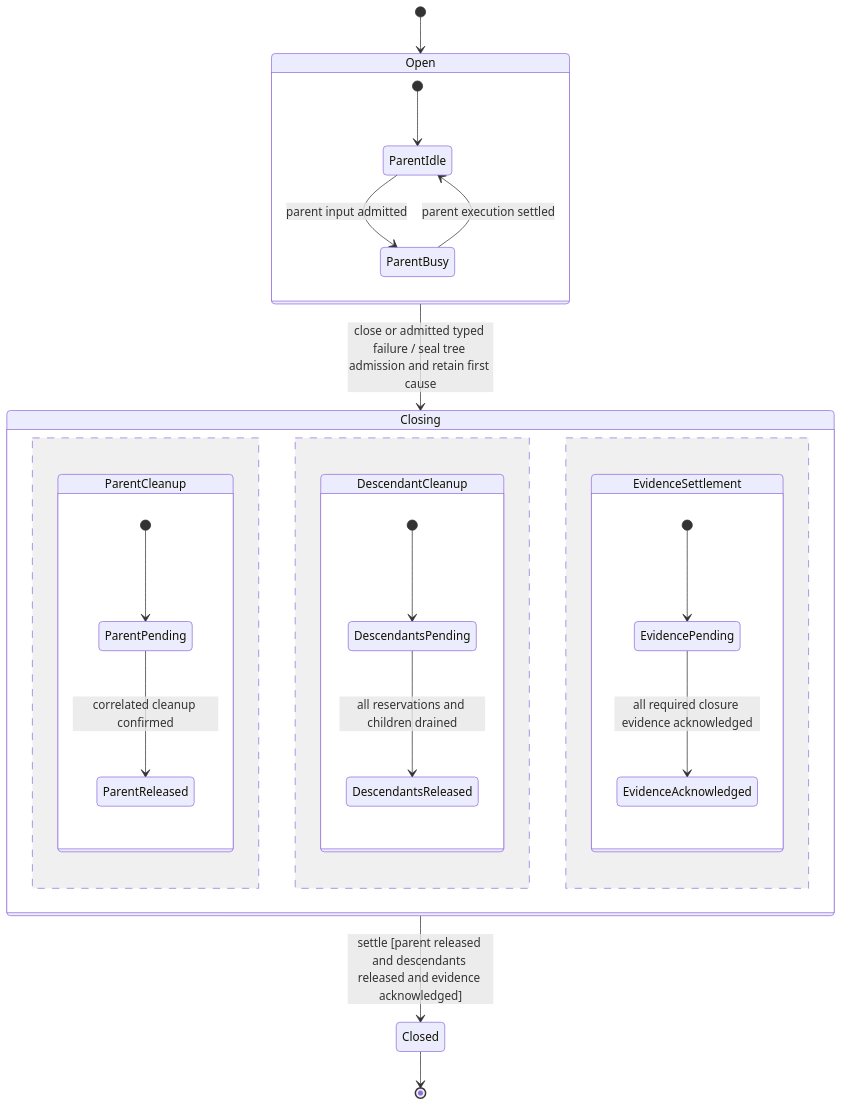
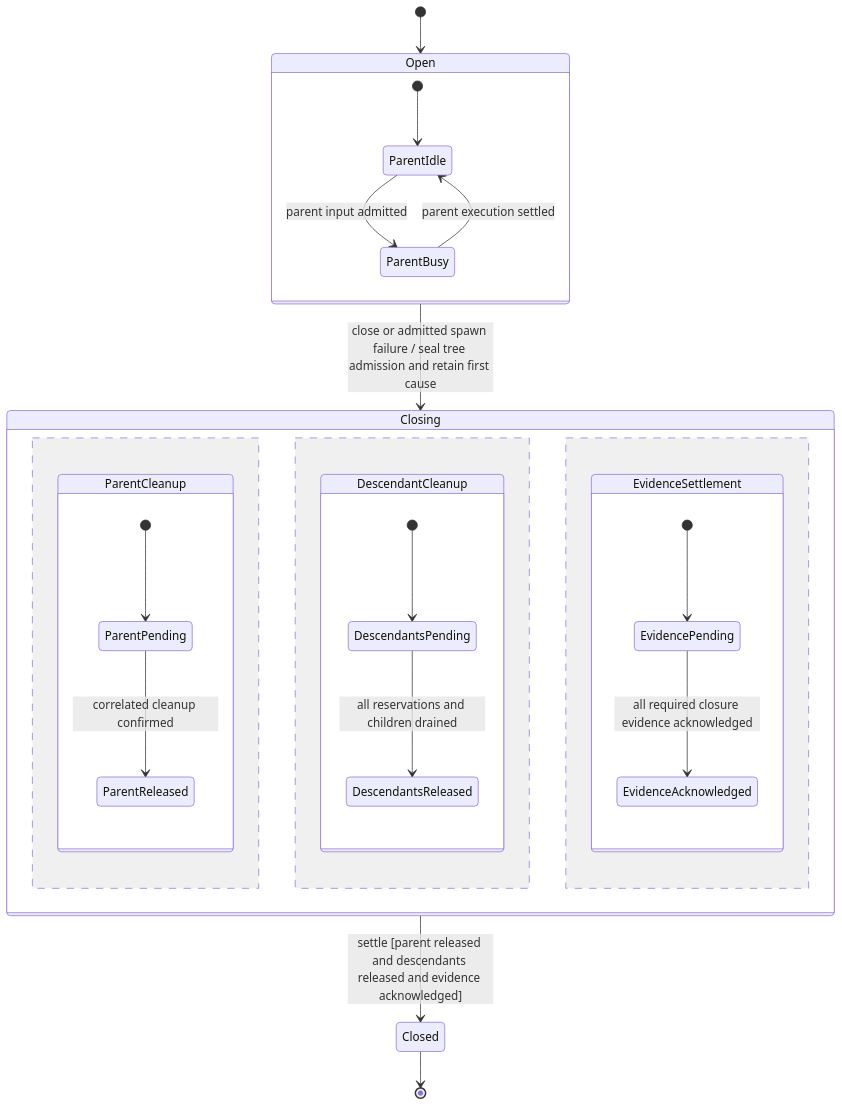
One commit to nessalabs/nessa-agent changed the first of 8 diagrams in docs/adr/todo/329-subagents.md. Above: the diagram before and after it, drawn with Mermaid. The commit also changed 2 other files, not shown here.

Commit message:
docs(sdk): keep spawn failure semantics in canonical ordering table

````diff
--- a/docs/adr/todo/329-subagents.md
+++ b/docs/adr/todo/329-subagents.md
@@ -271,28 +271,28 @@
 ```mermaid
 stateDiagram-v2
     [*] --> Open
     state Open {
         [*] --> ParentIdle
         ParentIdle --> ParentBusy: parent input admitted
         ParentBusy --> ParentIdle: parent execution settled
     }
-    Open --> Closing: close or admitted typed failure / seal tree admission and retain first cause
+    Open --> Closing: close or admitted spawn failure / seal tree admission and retain first cause
     state Closing {
         state ParentCleanup {
             [*] --> ParentPending
             ParentPending --> ParentReleased: correlated cleanup confirmed
         }
         --
         state DescendantCleanup {
             [*] --> DescendantsPending
             DescendantsPending --> DescendantsReleased: all reservations and children drained
         }
         --
         state EvidenceSettlement {
             [*] --> EvidencePending
             EvidencePending --> EvidenceAcknowledged: all required closure evidence acknowledged
         }
     }
     Closing --> Closed: settle [parent released and descendants released and evidence acknowledged]
     Closed --> [*]
 ```
````
